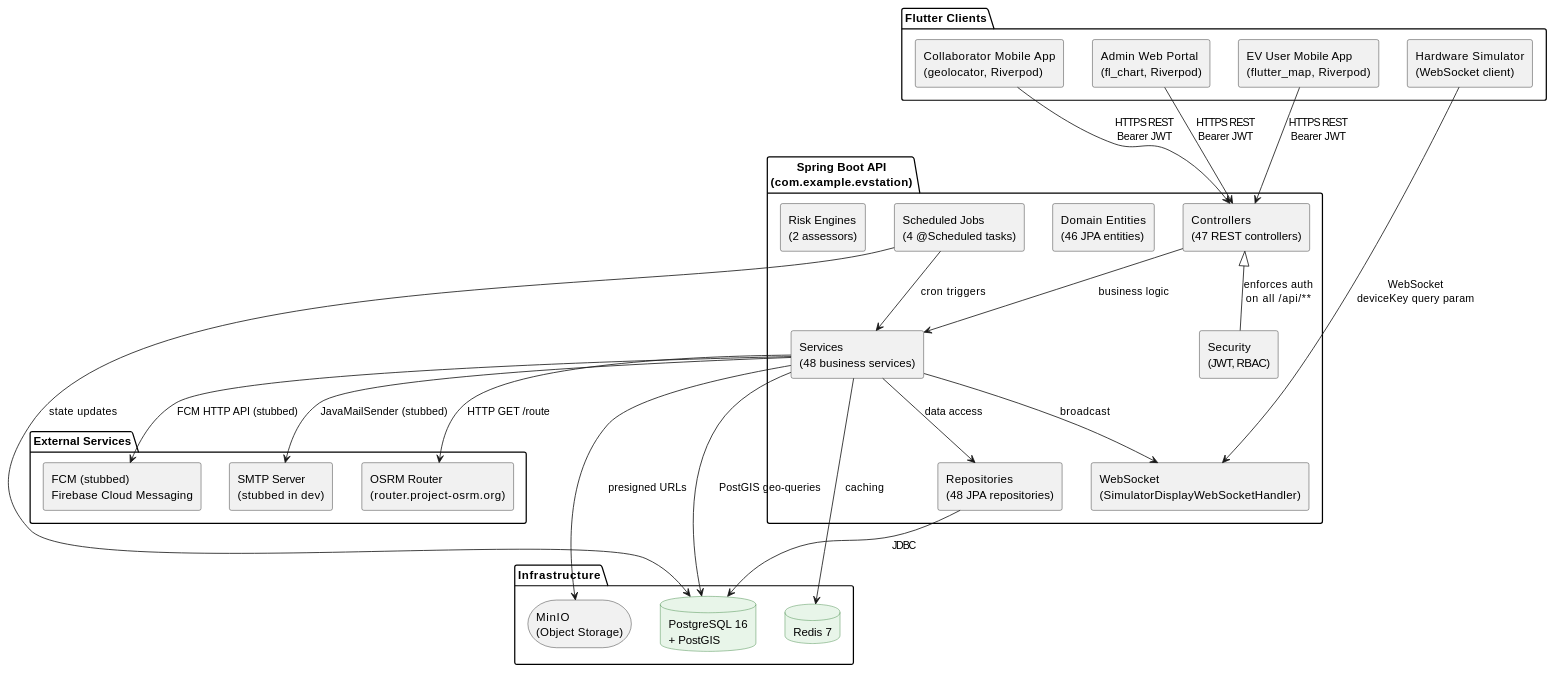
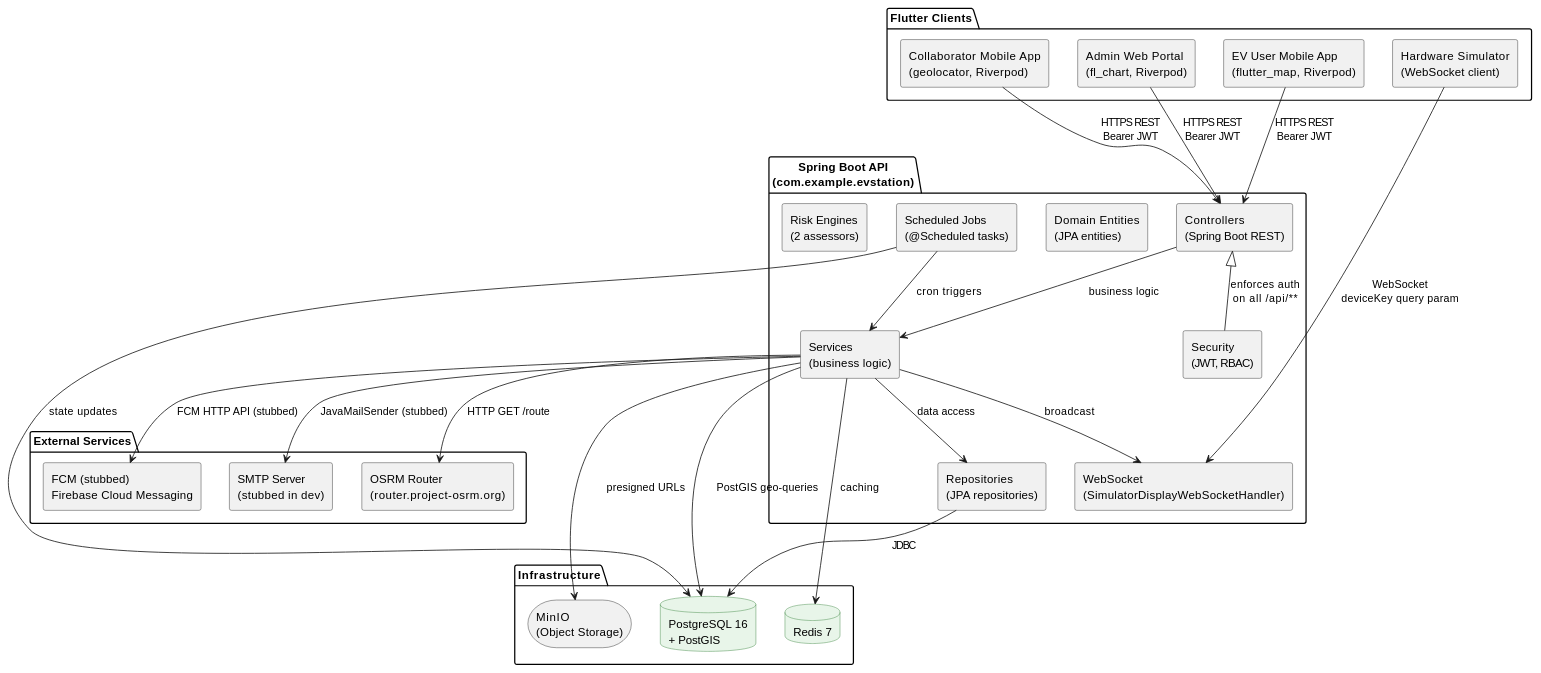
Before and after one commit to luquorus/VoltGO: the first of 2 diagrams in docs/DOC2-System-Architecture.md, drawn with PlantUML. The commit also changed 81 other files, not shown here.

````diff
--- a/docs/DOC2-System-Architecture.md
+++ b/docs/DOC2-System-Architecture.md
@@ -29,79 +29,79 @@
 ```plantuml
 @startuml
 skinparam componentStyle rectangle
 
 skinparam node {
   BackgroundColor #F5F5F5
   BorderColor #2E7D32
   FontSize 12
 }
 
 skinparam database {
   BackgroundColor #E8F5E9
   BorderColor #2E7D32
 }
 
 skinparam actor {
   BackgroundColor #FFF3E0
   BorderColor #E65100
 }
 
 package "Flutter Clients" {
   [EV User Mobile App\n(flutter_map, Riverpod)] as ev_app
   [Collaborator Mobile App\n(geolocator, Riverpod)] as collab_app
   [Admin Web Portal\n(fl_chart, Riverpod)] as admin_app
   [Hardware Simulator\n(WebSocket client)] as hw_sim
 }
 
 package "Spring Boot API\n(com.example.evstation)" {
-  [Controllers\n(47 REST controllers)] as ctrl
-  [Services\n(48 business services)] as svc
-  [Repositories\n(48 JPA repositories)] as repo
-  [Domain Entities\n(46 JPA entities)] as entity
+  [Controllers\n(Spring Boot REST)] as ctrl
+  [Services\n(business logic)] as svc
+  [Repositories\n(JPA repositories)] as repo
+  [Domain Entities\n(JPA entities)] as entity
   [Security\n(JWT, RBAC)] as sec
   [WebSocket\n(SimulatorDisplayWebSocketHandler)] as ws
-  [Scheduled Jobs\n(4 @Scheduled tasks)] as sched
+  [Scheduled Jobs\n(@Scheduled tasks)] as sched
   [Risk Engines\n(2 assessors)] as risk
 }
 
 package "Infrastructure" {
   database "PostgreSQL 16\n+ PostGIS" as pg
   database "Redis 7" as redis
   storage "MinIO\n(Object Storage)" as minio
 }
 
 package "External Services" {
   [OSRM Router\n(router.project-osrm.org)] as osrm
   [FCM (stubbed)\nFirebase Cloud Messaging] as fcm
   [SMTP Server\n(stubbed in dev)] as smtp
 }
 
 ' Client → API
 ev_app --> ctrl : HTTPS REST\nBearer JWT
 collab_app --> ctrl : HTTPS REST\nBearer JWT
 admin_app --> ctrl : HTTPS REST\nBearer JWT
 hw_sim --> ws : WebSocket\ndeviceKey query param
 
 ' API → Infrastructure
 ctrl --> svc : business logic
 svc --> repo : data access
 repo --> pg : JDBC
 svc --> pg : PostGIS geo-queries
 svc --> redis : caching
 svc --> minio : presigned URLs
 svc --> ws : broadcast
 
 ' API → External
 svc --> osrm : HTTP GET /route
 svc --> fcm : FCM HTTP API (stubbed)
 svc --> smtp : JavaMailSender (stubbed)
 
 ' Scheduled jobs
 sched --> svc : cron triggers
 sched --> pg : state updates
 
 ' Security
 sec -up-|> ctrl : enforces auth\non all /api/**
 
 @enduml
 ```
````
